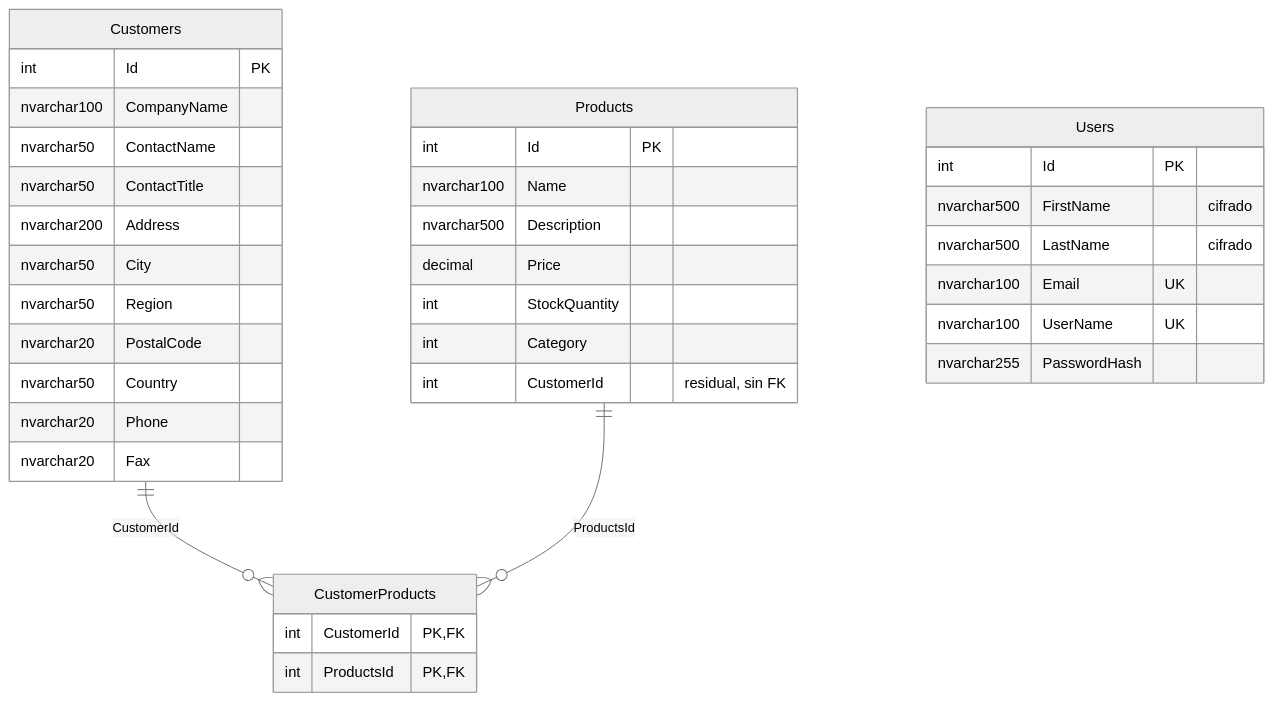
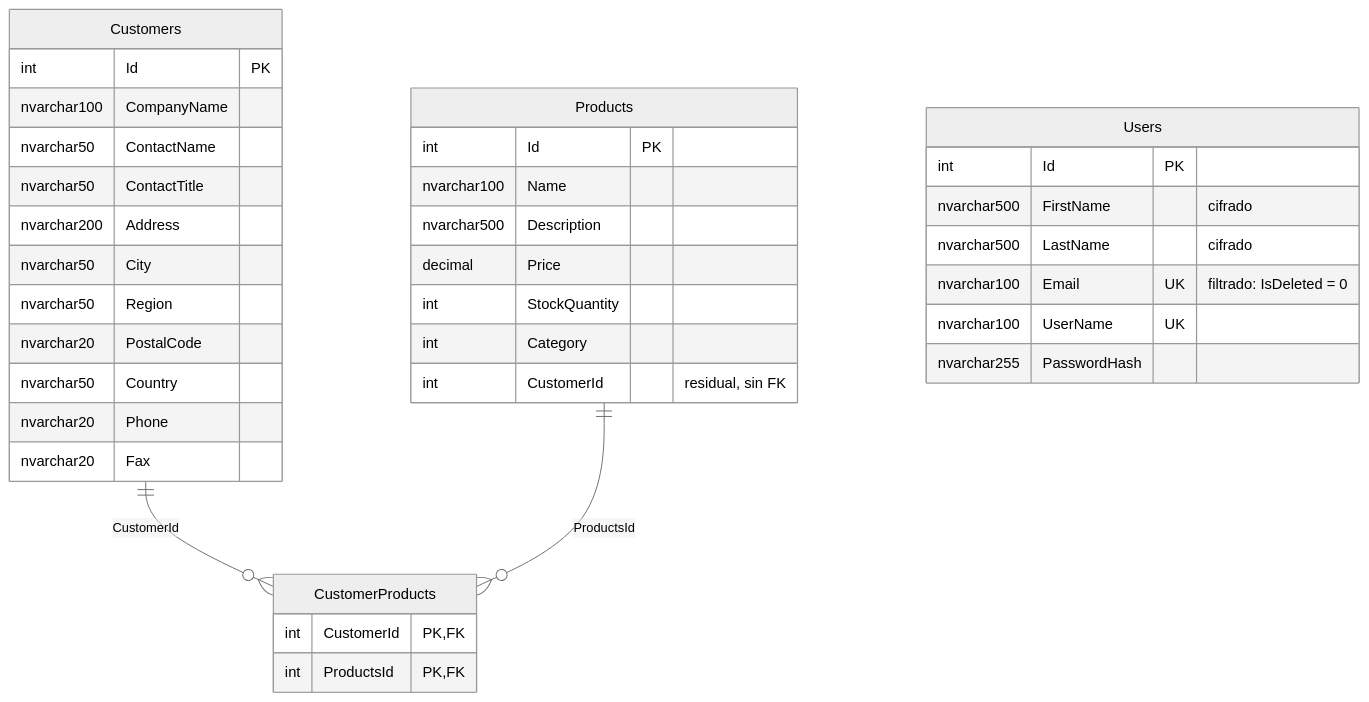
Before and after one commit to rubendevvalencia/BackendPortfolio: the diagram in Monolito/docs/modelo-de-datos.md, drawn with Mermaid (neutral theme). The commit also changed other lines of this file and 8 other files, not shown here.

````diff
--- a/Monolito/docs/modelo-de-datos.md
+++ b/Monolito/docs/modelo-de-datos.md
@@ -13,39 +13,39 @@
 ```mermaid
 erDiagram
     Customers ||--o{ CustomerProducts : "CustomerId"
     Products  ||--o{ CustomerProducts : "ProductsId"
     Customers {
         int Id PK
         nvarchar100 CompanyName
         nvarchar50 ContactName
         nvarchar50 ContactTitle
         nvarchar200 Address
         nvarchar50 City
         nvarchar50 Region
         nvarchar20 PostalCode
         nvarchar50 Country
         nvarchar20 Phone
         nvarchar20 Fax
     }
     Products {
         int Id PK
         nvarchar100 Name
         nvarchar500 Description
         decimal Price
         int StockQuantity
         int Category
         int CustomerId "residual, sin FK"
     }
     CustomerProducts {
         int CustomerId PK, FK
         int ProductsId PK, FK
     }
     Users {
         int Id PK
         nvarchar500 FirstName "cifrado"
         nvarchar500 LastName "cifrado"
-        nvarchar100 Email UK
+        nvarchar100 Email UK "filtrado: IsDeleted = 0"
         nvarchar100 UserName UK
         nvarchar255 PasswordHash
     }
 ```
````
